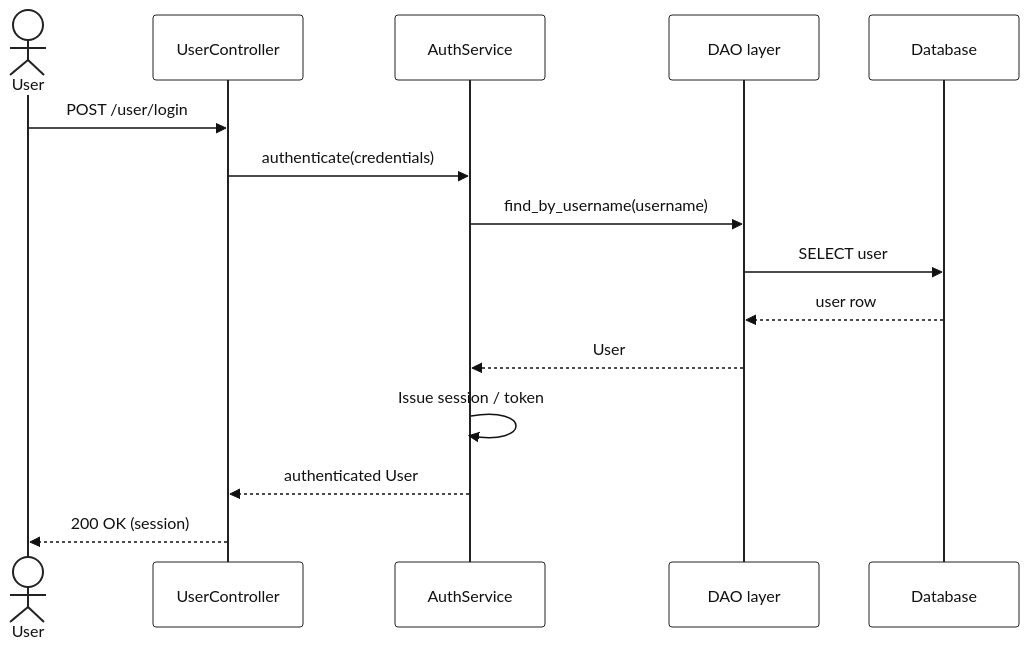
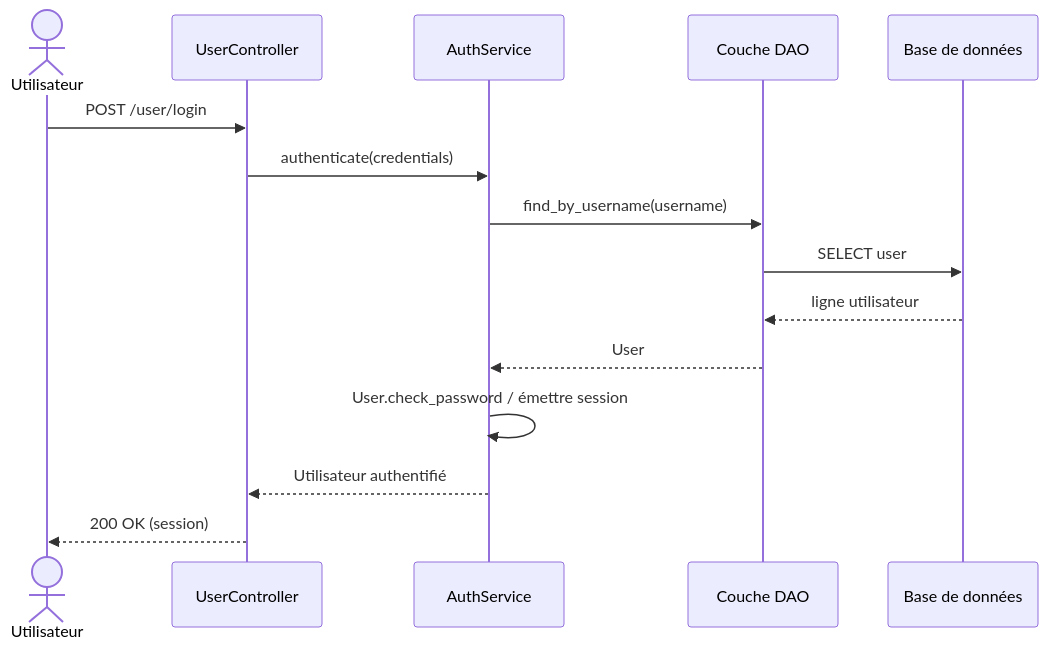
One commit to gabriel-dahan/ensai-it-project-2a-team12 changed the fifth of 8 diagrams in doc/sequence_diagram.md. Above: the diagram before and after it, drawn with Mermaid. The commit also changed other lines of this file and 29 other files, not shown here.

Commit message:
New diagrams & reporr

````diff
--- a/doc/sequence_diagram.md
+++ b/doc/sequence_diagram.md
@@ -283,52 +162,18 @@
 ```mermaid
-%%{
-  init: {
-    "theme": "base",
-    "themeVariables": {
-      "background": "#ffffff",
-      "mainBkg": "#ffffff",
-      "textColor": "#111111",
-      "primaryColor": "#ffffff",
-      "primaryTextColor": "#111111",
-      "primaryBorderColor": "#222222",
-      "secondaryColor": "#f3f4f6",
-      "tertiaryColor": "#ffffff",
-      "lineColor": "#222222",
-      "actorBkg": "#ffffff",
-      "actorBorder": "#222222",
-      "actorTextColor": "#111111",
-      "actorLineColor": "#222222",
-      "signalColor": "#111111",
-      "signalTextColor": "#111111",
-      "labelBoxBkgColor": "#ffffff",
-      "labelBoxBorderColor": "#222222",
-      "labelTextColor": "#111111",
-      "loopTextColor": "#111111",
-      "noteBkgColor": "#fff3cd",
-      "noteTextColor": "#111111",
-      "noteBorderColor": "#222222",
-      "activationBkgColor": "#e5e7eb",
-      "activationBorderColor": "#222222",
-      "sequenceNumberColor": "#ffffff",
-      "fontFamily": "arial",
-      "fontSize": "16px"
-    }
-  }
-}%%
 sequenceDiagram
-    actor User
+    actor User as Utilisateur
     participant Controller as UserController
     participant Service as AuthService
-    participant DAO as DAO layer
-    participant DB as Database
+    participant DAO as Couche DAO
+    participant DB as Base de données
 
     User->>Controller: POST /user/login
     Controller->>Service: authenticate(credentials)
     Service->>DAO: find_by_username(username)
     DAO->>DB: SELECT user
-    DB-->>DAO: user row
+    DB-->>DAO: ligne utilisateur
     DAO-->>Service: User
-    Service->>Service: Issue session / token
-    Service-->>Controller: authenticated User
+    Service->>Service: User.check_password / émettre session
+    Service-->>Controller: Utilisateur authentifié
     Controller-->>User: 200 OK (session)
 ```
````
